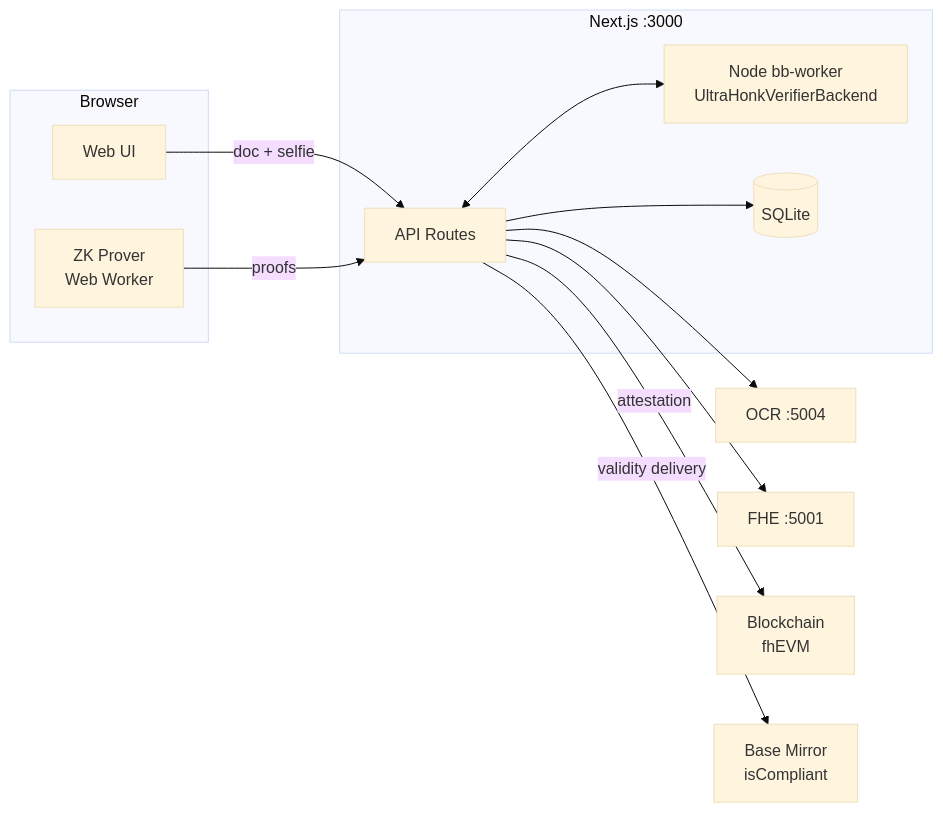
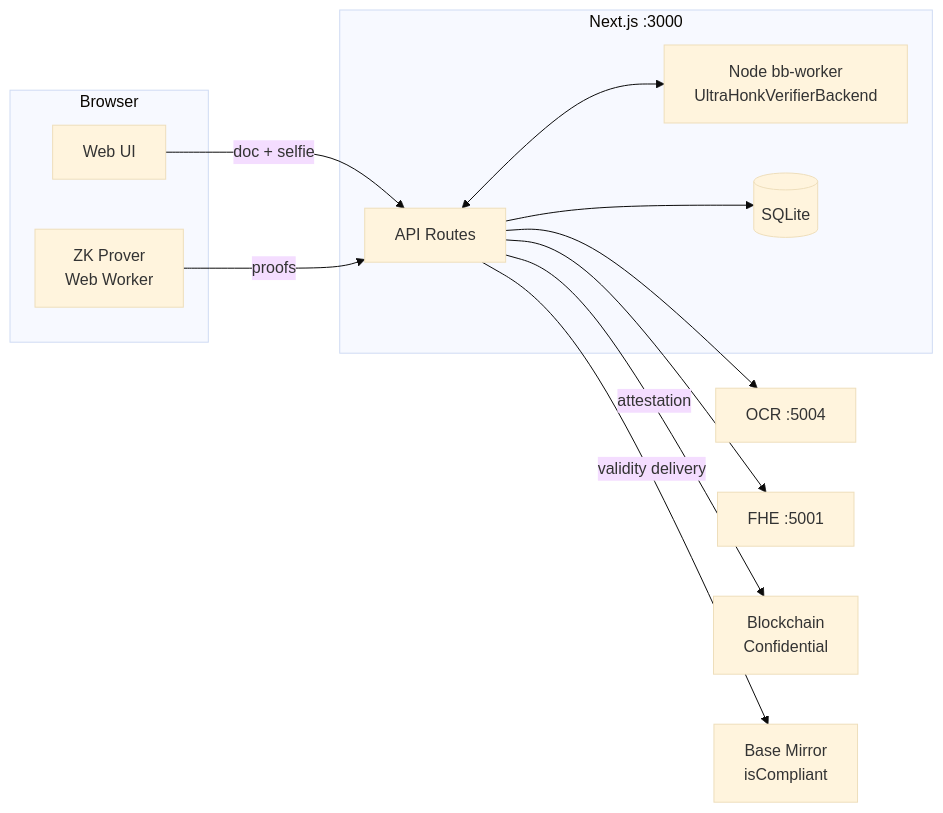
One commit to gustavovalverde/zentity changed the diagram in README.md. Above: the diagram before and after it, drawn with Mermaid (base theme). The commit also changed other lines of this file and 87 other files, not shown here.

````diff
--- a/README.md
+++ b/README.md
@@ -204,25 +204,25 @@
 ```mermaid
 flowchart LR
   subgraph Browser
     UI[Web UI]
     W[ZK Prover<br/>Web Worker]
   end
   subgraph Server["Next.js :3000"]
     API[API Routes]
     BB[Node bb-worker<br/>UltraHonkVerifierBackend]
     DB[(SQLite)]
     API <--> BB
   end
   OCR[OCR :5004]
   FHE[FHE :5001]
-  BC[Blockchain<br/>fhEVM]
+  BC[Blockchain<br/>Confidential]
   BM[Base Mirror<br/>isCompliant]
 
   UI -->|doc + selfie| API
   API --> OCR
   API --> FHE
   W -->|proofs| API
   API --> DB
   API -->|attestation| BC
   API -->|validity delivery| BM
 ```
````
